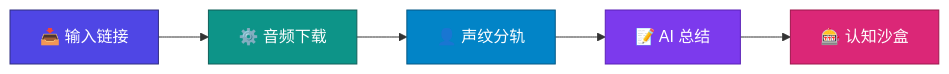
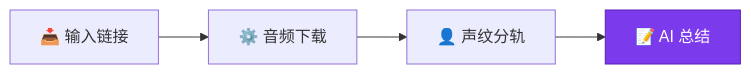
One commit to quentin2001/whisperMe changed the diagram in README.md. Above: the diagram before and after it, drawn with Mermaid. The commit also changed other lines of this file and 5 other files, not shown here.

````diff
--- a/README.md
+++ b/README.md
@@ -131,12 +128,7 @@
 ```mermaid
 graph LR
     A["📥 输入链接"] --> B["⚙️ 音频下载"]
     B --> C["👤 声纹分轨"]
     C --> D["📝 AI 总结"]
-    D --> E["🎰 认知沙盒"]
-    style A fill:#4F46E5,stroke:#312E81,color:#fff
-    style B fill:#0D9488,stroke:#115E59,color:#fff
-    style C fill:#0284C7,stroke:#075985,color:#fff
     style D fill:#7C3AED,stroke:#5B21B6,color:#fff
-    style E fill:#DB2777,stroke:#9D174D,color:#fff
 ```
````
